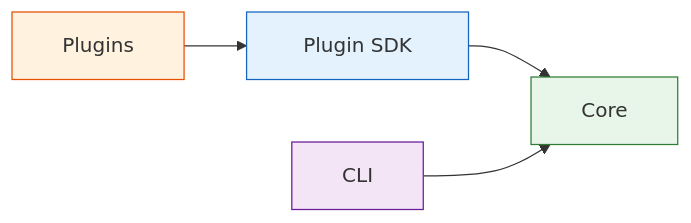
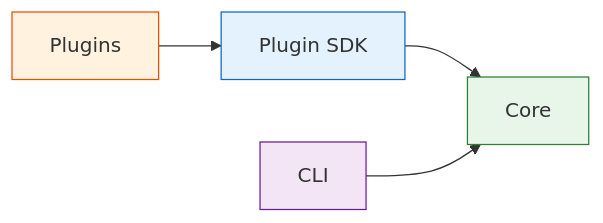
The first of 2 diagrams in docs/architecture/overview.md (josephquigley/piqley-cli), drawn with Mermaid before and after one commit.

Commit message:
fix: use htmlLabels false to fix mermaid text clipping on GitHub
GitHub uses foreignObject HTML labels with static width estimation
that clips text. Setting htmlLabels: false switches to native SVG
text elements which are measured correctly by the SVG layout engine.
Removes nbsp padding hacks.

````diff
--- a/docs/architecture/overview.md
+++ b/docs/architecture/overview.md
@@ -7,16 +7,12 @@
 ```mermaid
----
-config:
-  flowchart:
-    useMaxWidth: false
----
+%%{init: {"flowchart": {"htmlLabels": false}} }%%
 graph LR
-  Plugins["&nbsp;&nbsp;Plugins&nbsp;&nbsp;"] --> SDK["&nbsp;&nbsp;&nbsp;Plugin SDK&nbsp;&nbsp;&nbsp;"]
-  SDK --> Core["&nbsp;&nbsp;Core&nbsp;&nbsp;"]
-  CLI["&nbsp;&nbsp;CLI&nbsp;&nbsp;"] --> Core
+  Plugins["Plugins"] --> SDK["Plugin SDK"]
+  SDK --> Core["Core"]
+  CLI["CLI"] --> Core
 
   style Plugins fill:#fff3e0,stroke:#e65100
   style SDK fill:#e3f2fd,stroke:#1565c0
   style Core fill:#e8f5e9,stroke:#2e7d32
   style CLI fill:#f3e5f5,stroke:#6a1b9a
 ```
````
